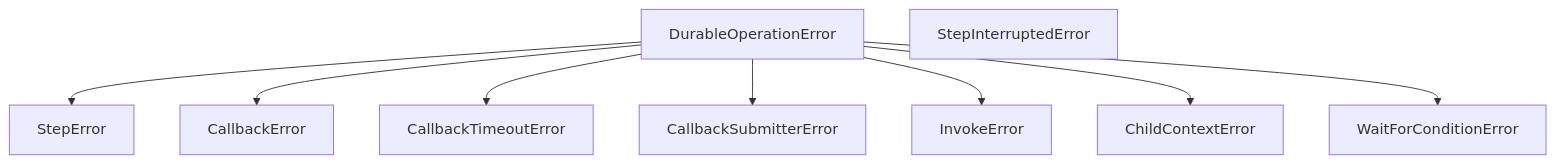
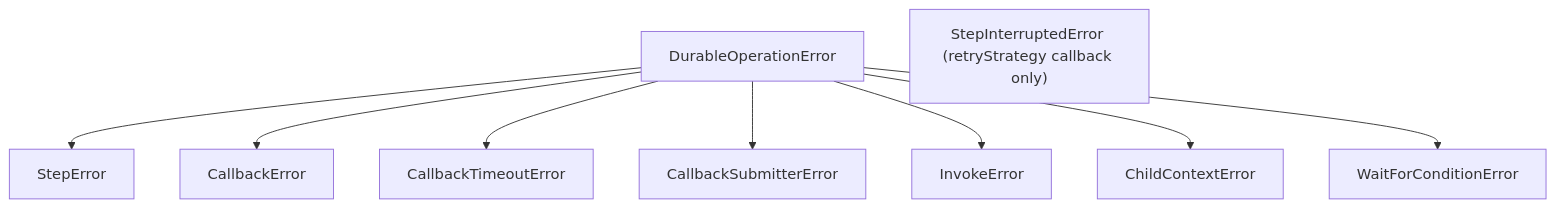
One commit to aws/aws-durable-execution-docs changed the first of 3 diagrams in docs/sdk-reference/error-handling/errors.md. Above: the diagram before and after it, drawn with Mermaid. The commit also changed other lines of this file and 3 other files, not shown here.

First line of the commit message:
docs(typescript): align step-interrupted contract

````diff
--- a/docs/sdk-reference/error-handling/errors.md
+++ b/docs/sdk-reference/error-handling/errors.md
@@ -56,12 +56,12 @@
     ```mermaid
     graph TD
       DOE[DurableOperationError]
       DOE --> StepError
       DOE --> CallbackError
       DOE --> CallbackTimeoutError
       DOE --> CallbackSubmitterError
       DOE --> InvokeError
       DOE --> ChildContextError
       DOE --> WaitForConditionError
-      SIE[StepInterruptedError]
+      SIE["StepInterruptedError (retryStrategy callback only)"]
     ```
````
